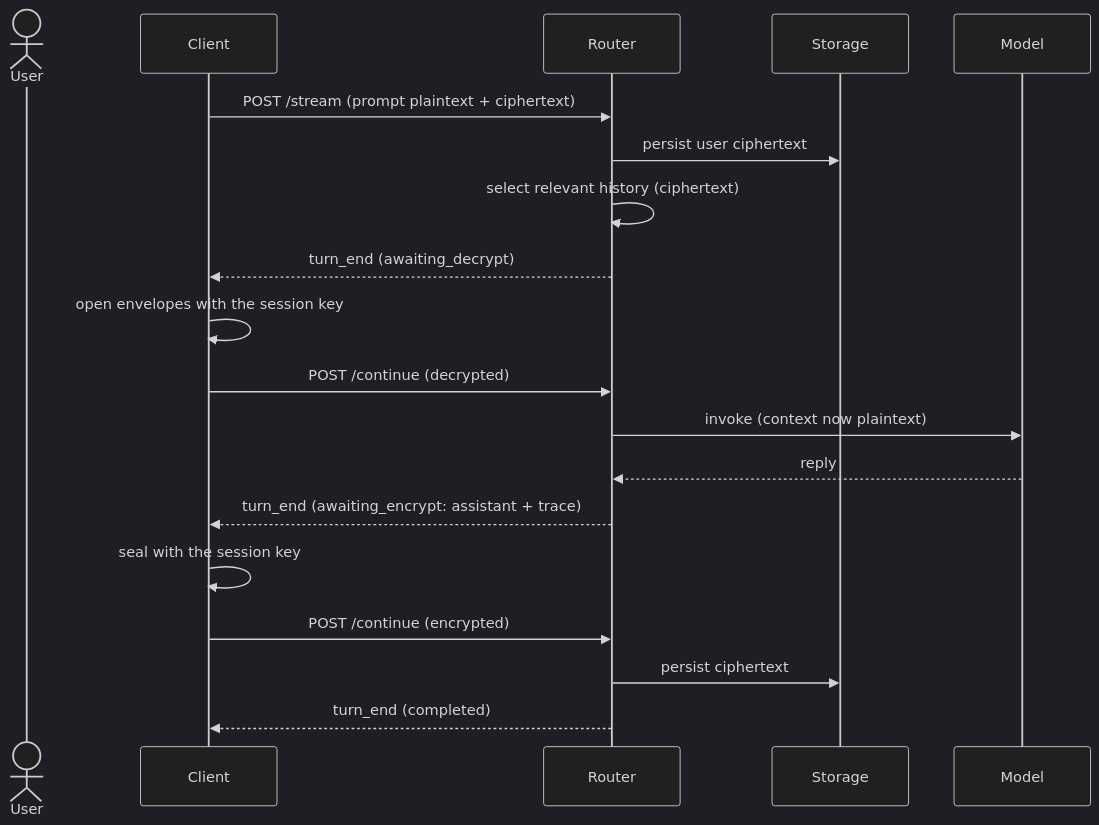
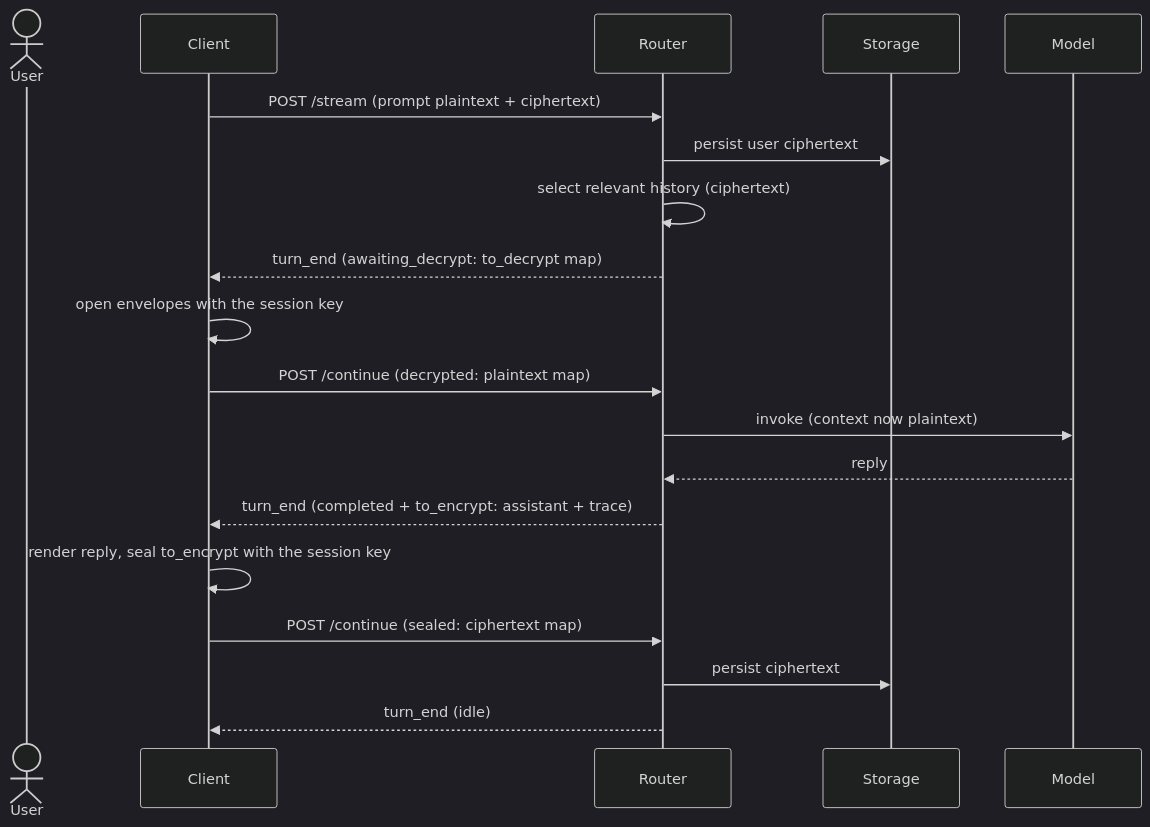
Before and after one commit to smista-ai/smista.ai: the sixth of 6 diagrams in docs/technical/execution-protocol.md, drawn with Mermaid (dark theme). The commit also changed other lines of this file and 27 other files, not shown here.

````diff
--- a/docs/technical/execution-protocol.md
+++ b/docs/technical/execution-protocol.md
@@ -552,22 +592,22 @@
 ```mermaid
 sequenceDiagram
     actor User
     participant Client
     participant Router
     participant Storage
     participant Model
 
     Client->>Router: POST /stream (prompt plaintext + ciphertext)
     Router->>Storage: persist user ciphertext
     Router->>Router: select relevant history (ciphertext)
-    Router-->>Client: turn_end (awaiting_decrypt)
+    Router-->>Client: turn_end (awaiting_decrypt: to_decrypt map)
     Client->>Client: open envelopes with the session key
-    Client->>Router: POST /continue (decrypted)
+    Client->>Router: POST /continue (decrypted: plaintext map)
     Router->>Model: invoke (context now plaintext)
     Model-->>Router: reply
-    Router-->>Client: turn_end (awaiting_encrypt: assistant + trace)
-    Client->>Client: seal with the session key
-    Client->>Router: POST /continue (encrypted)
+    Router-->>Client: turn_end (completed + to_encrypt: assistant + trace)
+    Client->>Client: render reply, seal to_encrypt with the session key
+    Client->>Router: POST /continue (sealed: ciphertext map)
     Router->>Storage: persist ciphertext
-    Router-->>Client: turn_end (completed)
+    Router-->>Client: turn_end (idle)
 ```
````
